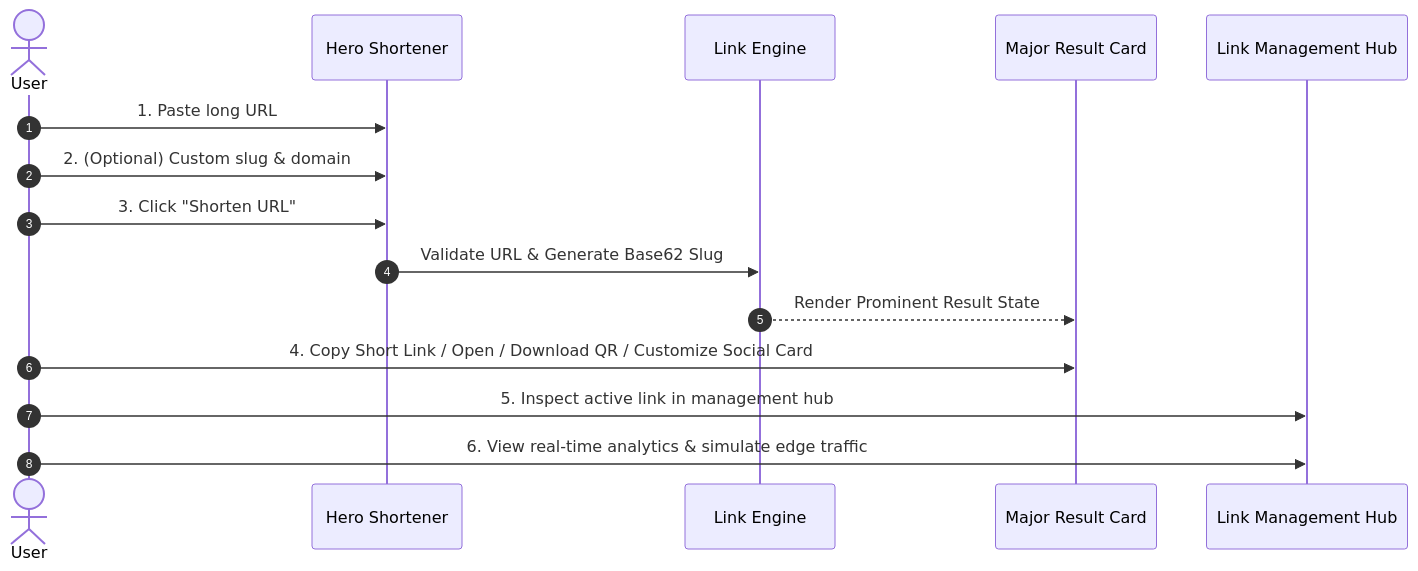
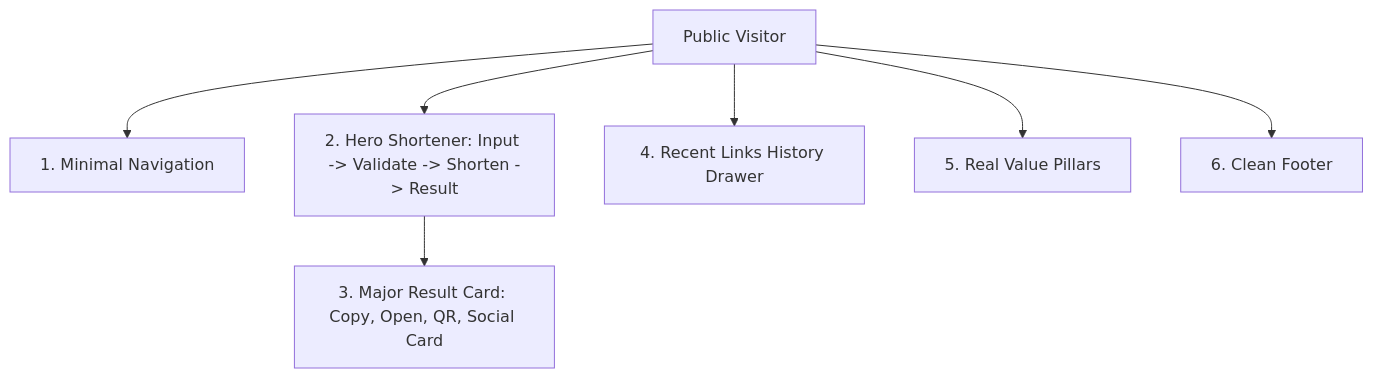
Before and after one commit to abhijeetbafna/kiss-url: the diagram in PRODUCT.md, drawn with Mermaid. The commit also changed other lines of this file and 8 other files, not shown here.

````diff
--- a/PRODUCT.md
+++ b/PRODUCT.md
@@ -32,18 +14,9 @@
 ```mermaid
-sequenceDiagram
-    autonumber
-    actor User
-    participant Hero as Hero Shortener
-    participant Engine as Link Engine
-    participant Result as Major Result Card
-    participant Hub as Link Management Hub
-
-    User->>Hero: 1. Paste long URL
-    User->>Hero: 2. (Optional) Custom slug & domain
-    User->>Hero: 3. Click "Shorten URL"
-    Hero->>Engine: Validate URL & Generate Base62 Slug
-    Engine-->>Result: Render Prominent Result State
-    User->>Result: 4. Copy Short Link / Open / Download QR / Customize Social Card
-    User->>Hub: 5. Inspect active link in management hub
-    User->>Hub: 6. View real-time analytics & simulate edge traffic
+graph TD
+    User[Public Visitor] --> Nav[1. Minimal Navigation]
+    User --> Hero[2. Hero Shortener: Input -> Validate -> Shorten -> Result]
+    Hero --> ResultCard[3. Major Result Card: Copy, Open, QR, Social Card]
+    User --> History[4. Recent Links History Drawer]
+    User --> Trust[5. Real Value Pillars]
+    User --> Footer[6. Clean Footer]
 ```
````
